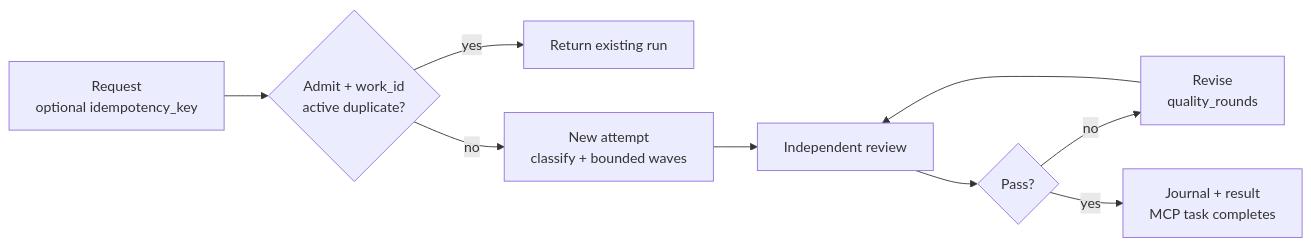
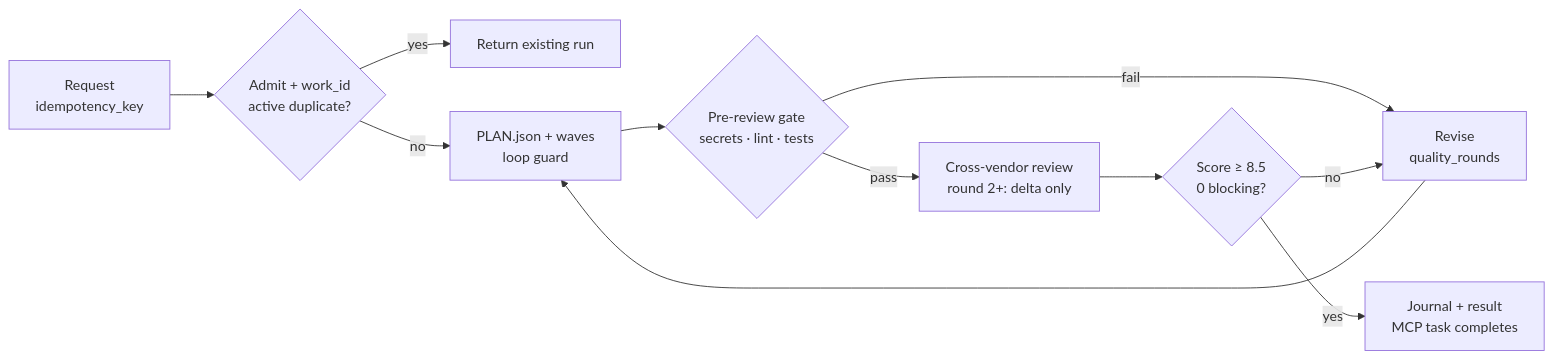
Before and after one commit to StanyMwamba/crewforeman-mcp: the first of 2 diagrams in README.md, drawn with Mermaid. The commit also changed other lines of this file, not shown here.

Commit message:
Update README: add 3.14.1 diagrams and architecture notes

````diff
--- a/README.md
+++ b/README.md
@@ -21,10 +19,12 @@
 ```mermaid
 flowchart LR
-    A[Request<br/>optional idempotency_key] --> B{Admit + work_id<br/>active duplicate?}
+    A[Request<br/>idempotency_key] --> B{Admit + work_id<br/>active duplicate?}
     B -- yes --> R[Return existing run]
-    B -- no --> D[New attempt<br/>classify + bounded waves]
-    D --> E[Independent review]
-    E --> F{Pass?}
-    F -- no --> G[Revise<br/>quality_rounds] --> E
+    B -- no --> D[PLAN.json + waves<br/>loop guard]
+    D --> G1{Pre-review gate<br/>secrets · lint · tests}
+    G1 -- fail --> G[Revise<br/>quality_rounds]
+    G1 -- pass --> E[Cross-vendor review<br/>round 2+: delta only]
+    E --> F{Score ≥ 8.5<br/>0 blocking?}
+    F -- no --> G --> D
     F -- yes --> H[Journal + result<br/>MCP task completes]
 ```
````
